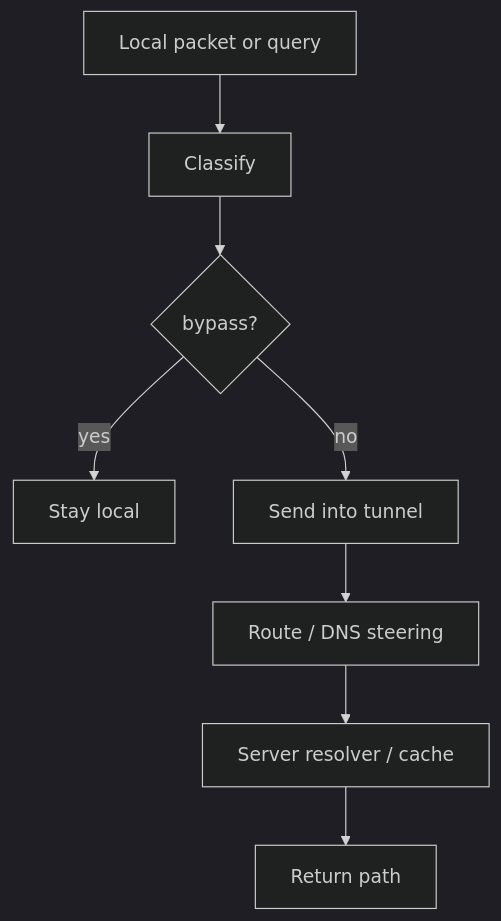
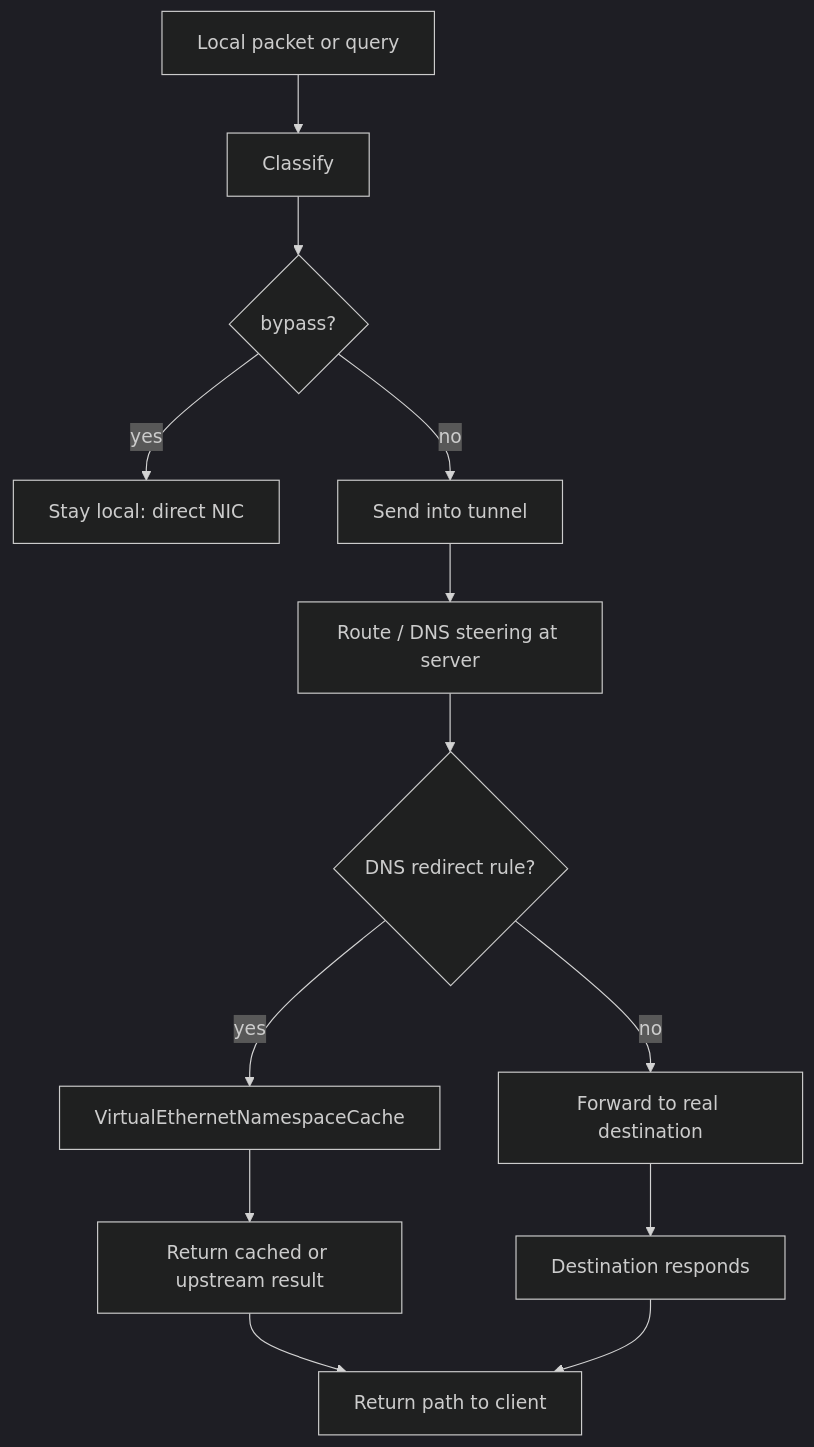
One commit to HyacinthHaru/openppp2 changed the fifth of 5 diagrams in docs/ROUTING_AND_DNS.md. Above: the diagram before and after it, drawn with Mermaid (dark theme). The commit also changed other lines of this file and 93 other files, not shown here.

````diff
--- a/docs/ROUTING_AND_DNS.md
+++ b/docs/ROUTING_AND_DNS.md
@@ -79,10 +282,15 @@
 ```mermaid
 flowchart TD
     A[Local packet or query] --> B[Classify]
     B --> C{bypass?}
-    C -->|yes| D[Stay local]
+    C -->|yes| D[Stay local: direct NIC]
     C -->|no| E[Send into tunnel]
-    E --> F[Route / DNS steering]
-    F --> G[Server resolver / cache]
-    G --> H[Return path]
+    E --> F[Route / DNS steering at server]
+    F --> G{DNS redirect rule?}
+    G -->|yes| H[VirtualEthernetNamespaceCache]
+    G -->|no| I[Forward to real destination]
+    H --> J[Return cached or upstream result]
+    I --> K[Destination responds]
+    J --> L[Return path to client]
+    K --> L
 ```
````
